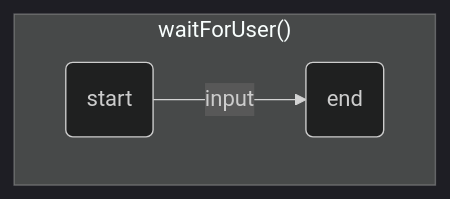
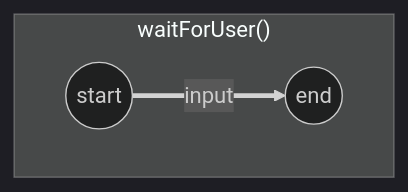
Before and after one commit to AlbelNox/EAN-Progamm: the third of 8 diagrams in Walkthrough.md, drawn with Mermaid (dark theme). The commit also changed other lines of this file, not shown here.

First line of the commit message:
amend Controll Flow Graphs

````diff
--- a/Walkthrough.md
+++ b/Walkthrough.md
@@ -146,6 +146,6 @@
 ```mermaid
 graph TD
 subgraph "waitForUser()"
-A(start) -->|input| B(end) 
+A((start)) ==>|input| B((end)) 
 end
 ```
````
